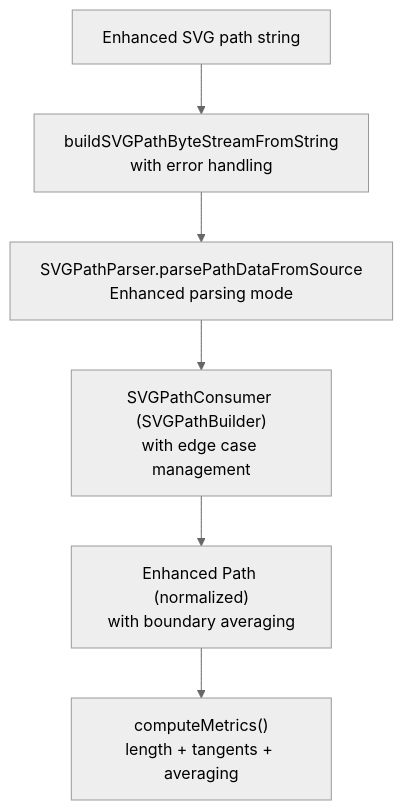
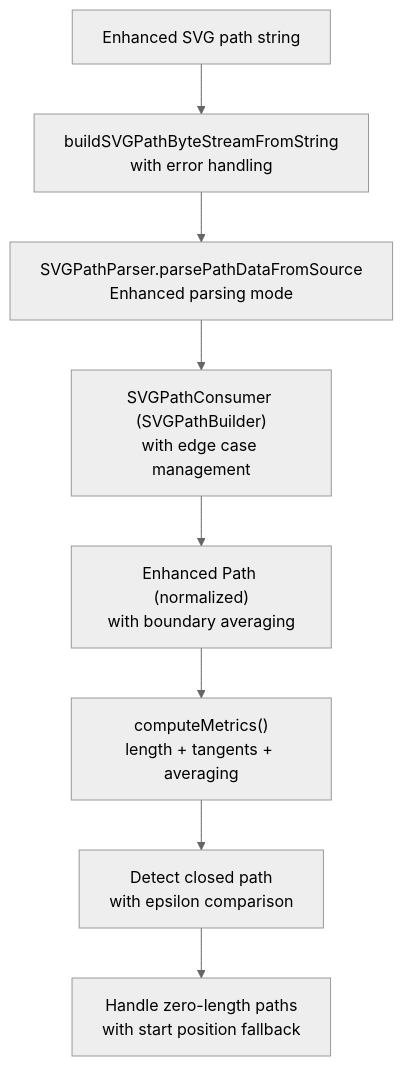
One commit to denisnadey/flutter_full_svg_support changed the fifth of 7 diagrams in .qoder/repowiki/en/content/Animated SVG Support/SMIL Animation Specification/SMIL Motion Animation.md. Above: the diagram before and after it, drawn with Mermaid (neutral theme). The commit also changed other lines of this file and 18 other files, not shown here.

````diff
--- a/.qoder/repowiki/en/content/Animated SVG Support/SMIL Animation Specification/SMIL Motion Animation.md
+++ b/.qoder/repowiki/en/content/Animated SVG Support/SMIL Animation Specification/SMIL Motion Animation.md
@@ -265,8 +278,10 @@
 ```mermaid
 flowchart TD
 In["Enhanced SVG path string"] --> BuildBS["buildSVGPathByteStreamFromString<br/>with error handling"]
 BuildBS --> Parse["SVGPathParser.parsePathDataFromSource<br/>Enhanced parsing mode"]
 Parse --> Consume["SVGPathConsumer (SVGPathBuilder)<br/>with edge case management"]
 Consume --> Out["Enhanced Path (normalized)<br/>with boundary averaging"]
 Out --> Metrics["computeMetrics()<br/>length + tangents + averaging"]
+Metrics --> Closed["Detect closed path<br/>with epsilon comparison"]
+Closed --> ZeroLen["Handle zero-length paths<br/>with start position fallback"]
 ```
````
